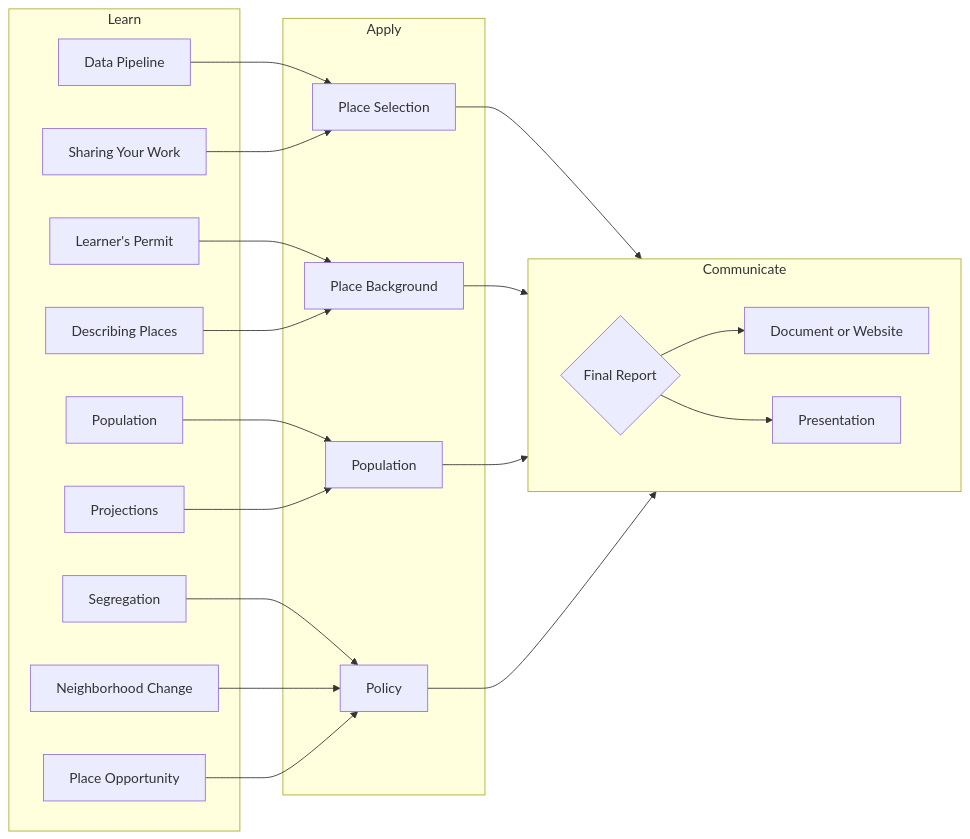
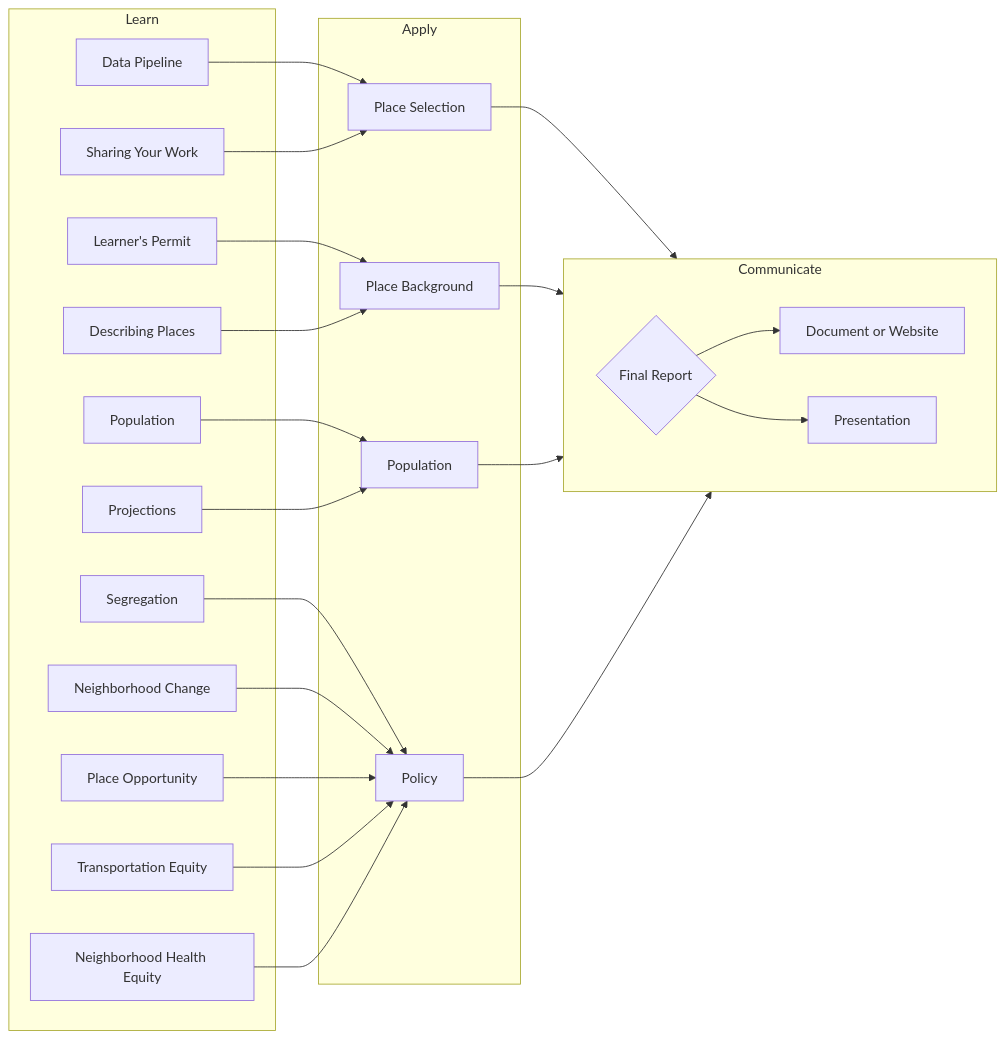
Before and after one commit to agreen4/UP570_S23_Website: the diagram in assignments/index.qmd, drawn with Mermaid. The commit also changed 2 other files, not shown here.

Commit message:
Update Assignments Map

````diff
--- a/assignments/index.qmd
+++ b/assignments/index.qmd
@@ -10,38 +10,42 @@
 ```{mermaid}
 flowchart LR
 
 subgraph Learn
 AA[Data Pipeline]
 AB[Sharing Your Work]
 AC[Learner's Permit]
 AD[Describing Places]
 AE[Population]
 AF[Projections]
 AG[Segregation]
 AH[Neighborhood Change]
 AI[Place Opportunity]
+AJ[Transportation Equity]
+AK[Neighborhood Health Equity]
 end
 
 subgraph Apply
 
 AA --> B[Place Selection]
 AB --> B
 AC --> C
 AD --> C[Place Background]
 AE --> D[Population]
 AF --> D
 AG --> E[Policy]
 AH --> E
 AI --> E
+AJ --> E
+AK --> E
 end
 
 subgraph Communicate
   direction LR
 B --> F{Final Report}
 C --> F
 D --> F
 E --> F
 F --> G[Document or Website]
 F --> H[Presentation]
 end
 ```
````
